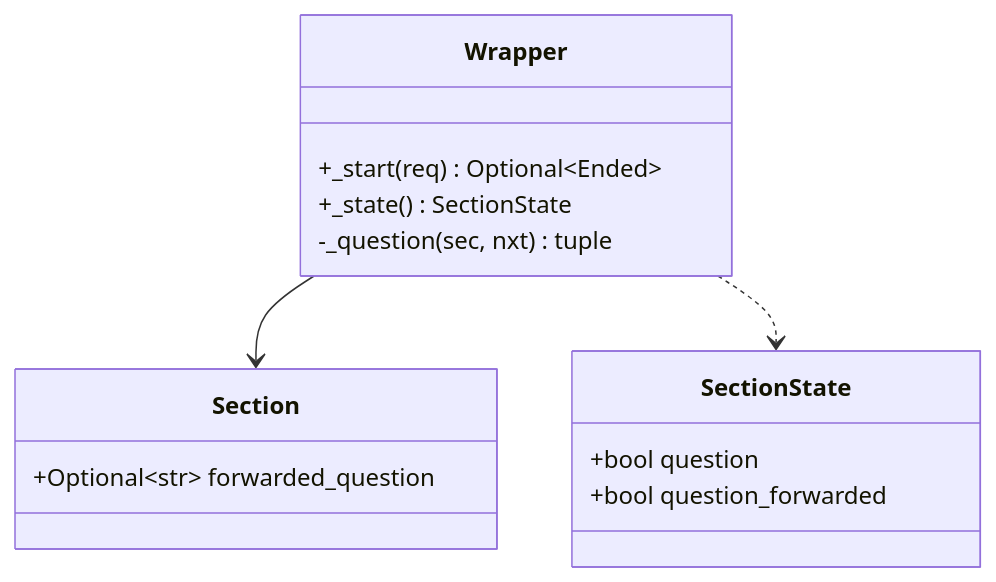
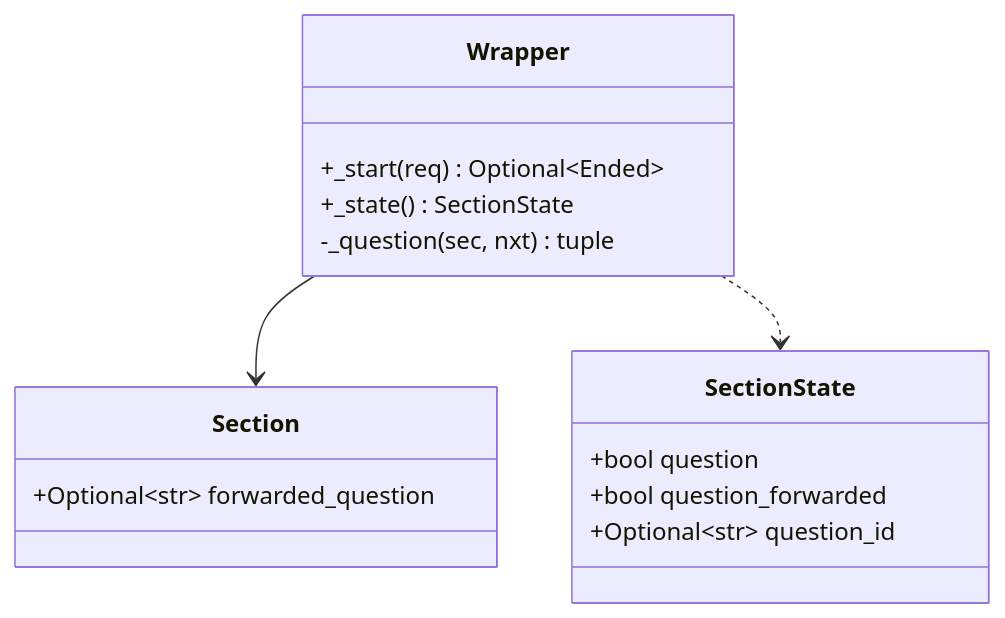
Before and after one commit to devbasex/ai-plugins: the second of 5 diagrams in issues/issue-3842-3846-3847-3814-design.md, drawn with Mermaid. The commit also changed other lines of this file and 1 other file, not shown here.

````diff
--- a/issues/issue-3842-3846-3847-3814-design.md
+++ b/issues/issue-3842-3846-3847-3814-design.md
@@ -174,17 +185,18 @@
 ```mermaid
 classDiagram
   class SectionState {
     +bool question
     +bool question_forwarded
+    +Optional~str~ question_id
   }
   class Section {
     +Optional~str~ forwarded_question
   }
   class Wrapper {
     +_start(req) Optional~Ended~
     +_state() SectionState
     -_question(sec, nxt) tuple
   }
   Wrapper --> Section
   Wrapper ..> SectionState
 ```
````
